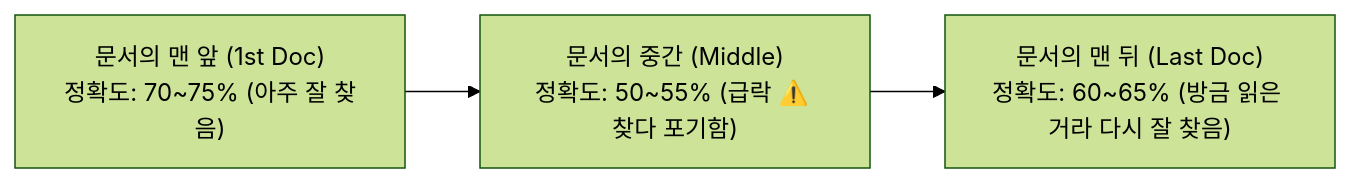
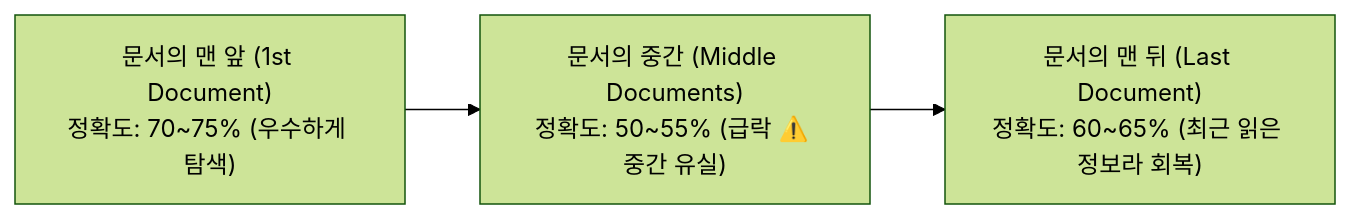
One commit to sing-u8/AI-Engineering changed the second of 2 diagrams in chapter-qa/ch05-prompt-engineering-qa/01-introduction-to-prompting-and-context.md. Above: the diagram before and after it, drawn with Mermaid (forest theme). The commit also changed other lines of this file and 25 other files, not shown here.

````diff
--- a/chapter-qa/ch05-prompt-engineering-qa/01-introduction-to-prompting-and-context.md
+++ b/chapter-qa/ch05-prompt-engineering-qa/01-introduction-to-prompting-and-context.md
@@ -136,5 +156,5 @@
 ```mermaid
 flowchart LR
-    Start["문서의 맨 앞 (1st Doc)\n정확도: 70~75% (아주 잘 찾음)"] --> Mid["문서의 중간 (Middle)\n정확도: 50~55% (급락 ⚠️ 찾다 포기함)"]
-    Mid --> End["문서의 맨 뒤 (Last Doc)\n정확도: 60~65% (방금 읽은 거라 다시 잘 찾음)"]
+    Start["문서의 맨 앞 (1st Document)\n정확도: 70~75% (우수하게 탐색)"] --> Mid["문서의 중간 (Middle Documents)\n정확도: 50~55% (급락 ⚠️ 중간 유실)"]
+    Mid --> End["문서의 맨 뒤 (Last Document)\n정확도: 60~65% (최근 읽은 정보라 회복)"]
 ```
````
